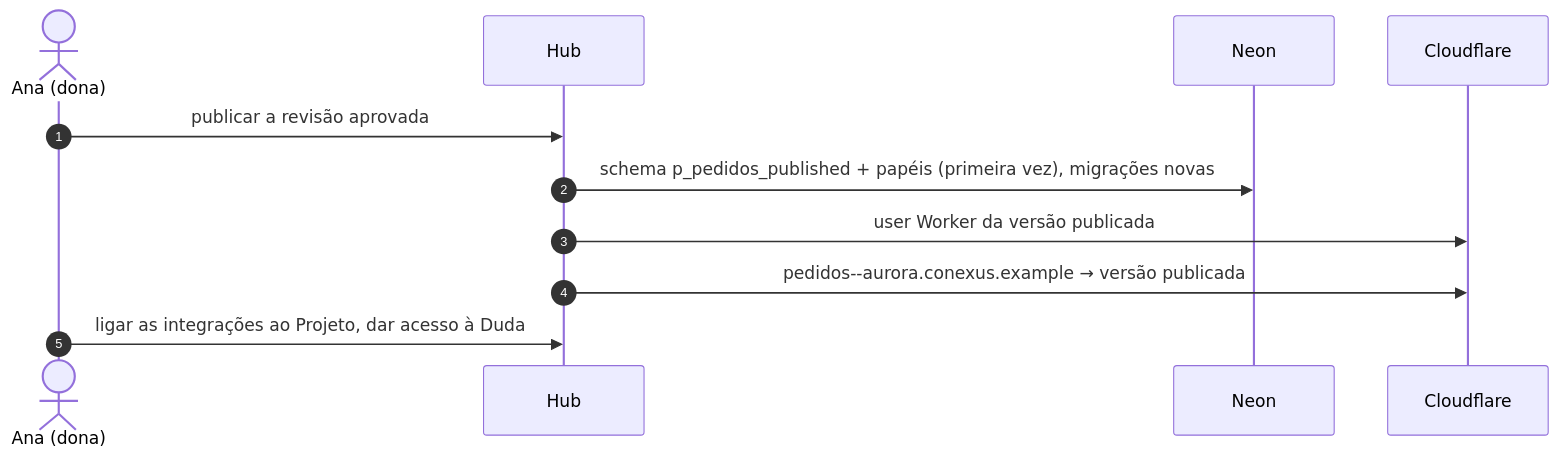
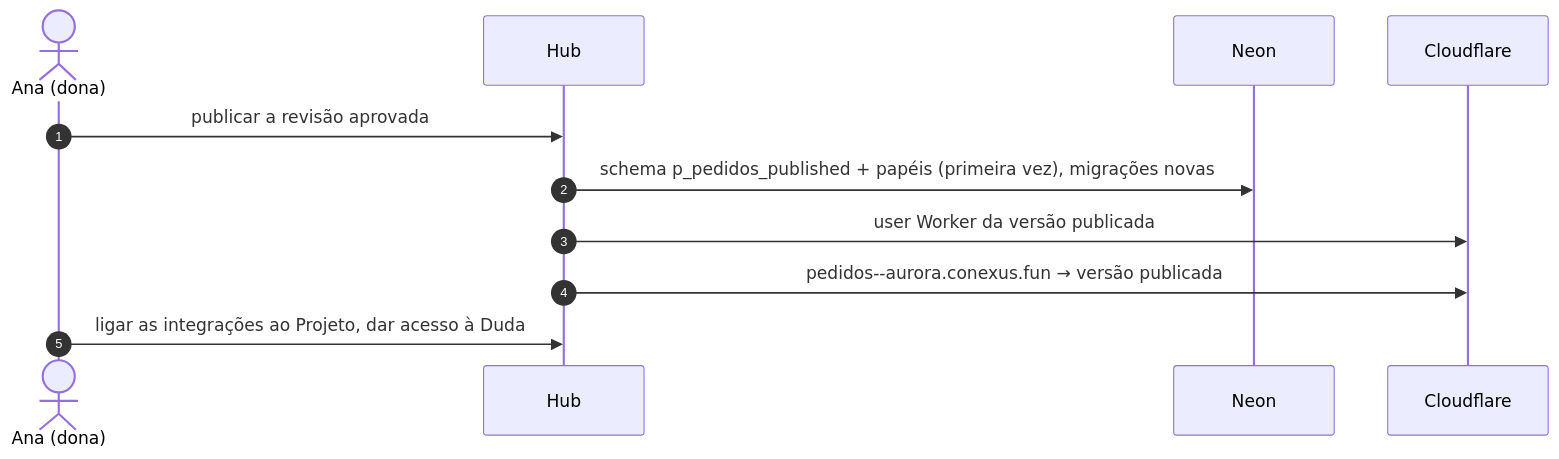
Before and after one commit to developmentconexus-ops/conexus-os: the seventh of 8 diagrams in docs/research/architecture/target-design.md, drawn with Mermaid. The commit also changed other lines of this file and 1 other file, not shown here.

First line of the commit message:
docs(research): operator answers: one domain conexus.fun, model accounts per company, risk reduction plan

````diff
--- a/docs/research/architecture/target-design.md
+++ b/docs/research/architecture/target-design.md
@@ -376,13 +376,13 @@
 ```mermaid
 sequenceDiagram
   autonumber
   actor Ana as Ana (dona)
   participant Hub as Hub
   participant N as Neon
   participant CF as Cloudflare
   Ana->>Hub: publicar a revisão aprovada
   Hub->>N: schema p_pedidos_published + papéis (primeira vez), migrações novas
   Hub->>CF: user Worker da versão publicada
-  Hub->>CF: pedidos--aurora.conexus.example → versão publicada
+  Hub->>CF: pedidos--aurora.conexus.fun → versão publicada
   Ana->>Hub: ligar as integrações ao Projeto, dar acesso à Duda
 ```
````
